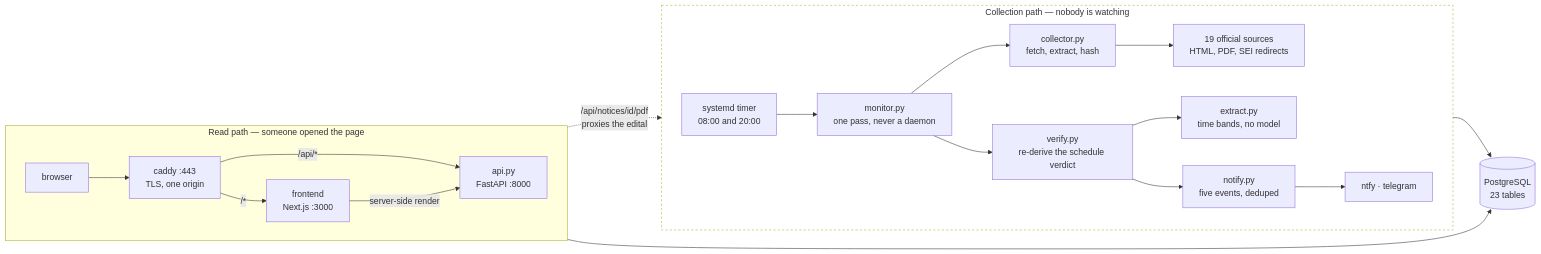
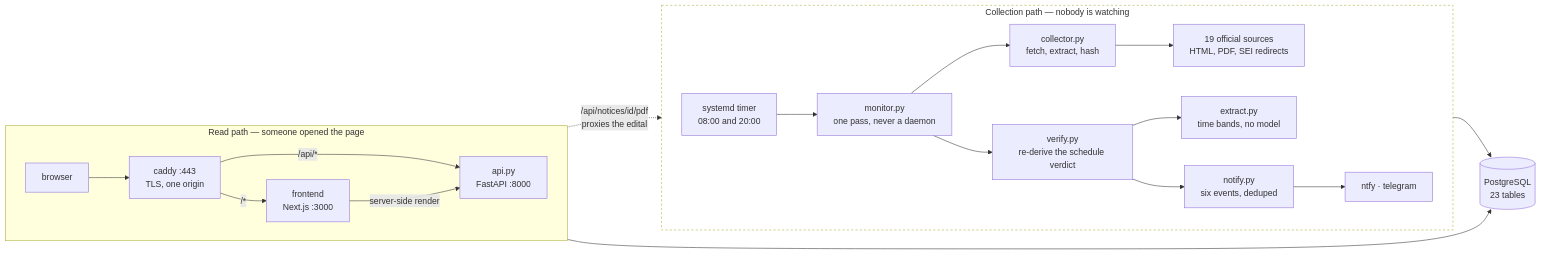
One commit to v1cferr/grad-radar changed the first of 3 diagrams in README.md. Above: the diagram before and after it, drawn with Mermaid. The commit also changed other lines of this file and 5 other files, not shown here.

````diff
--- a/README.md
+++ b/README.md
@@ -100,27 +100,27 @@
 ```mermaid
 flowchart LR
     subgraph read["Read path — someone opened the page"]
         direction LR
         B["browser"] --> C["caddy :443<br/>TLS, one origin"]
         C -->|"/*"| N["frontend<br/>Next.js :3000"]
         C -->|"/api/*"| A["api.py<br/>FastAPI :8000"]
         N -->|"server-side render"| A
     end
 
     subgraph collect["Collection path — nobody is watching"]
         direction LR
         T["systemd timer<br/>08:00 and 20:00"] --> M["monitor.py<br/>one pass, never a daemon"]
         M --> CO["collector.py<br/>fetch, extract, hash"]
         CO --> EXT["19 official sources<br/>HTML, PDF, SEI redirects"]
         M --> V["verify.py<br/>re-derive the schedule verdict"]
         V --> X["extract.py<br/>time bands, no model"]
-        V --> NT["notify.py<br/>five events, deduped"]
+        V --> NT["notify.py<br/>six events, deduped"]
         NT --> CH["ntfy · telegram"]
     end
 
     A --> DB[("PostgreSQL<br/>23 tables")]
     M --> DB
     A -.->|"/api/notices/id/pdf<br/>proxies the edital"| EXT
 
     style collect fill:transparent,stroke-dasharray: 4 4
 ```
````
